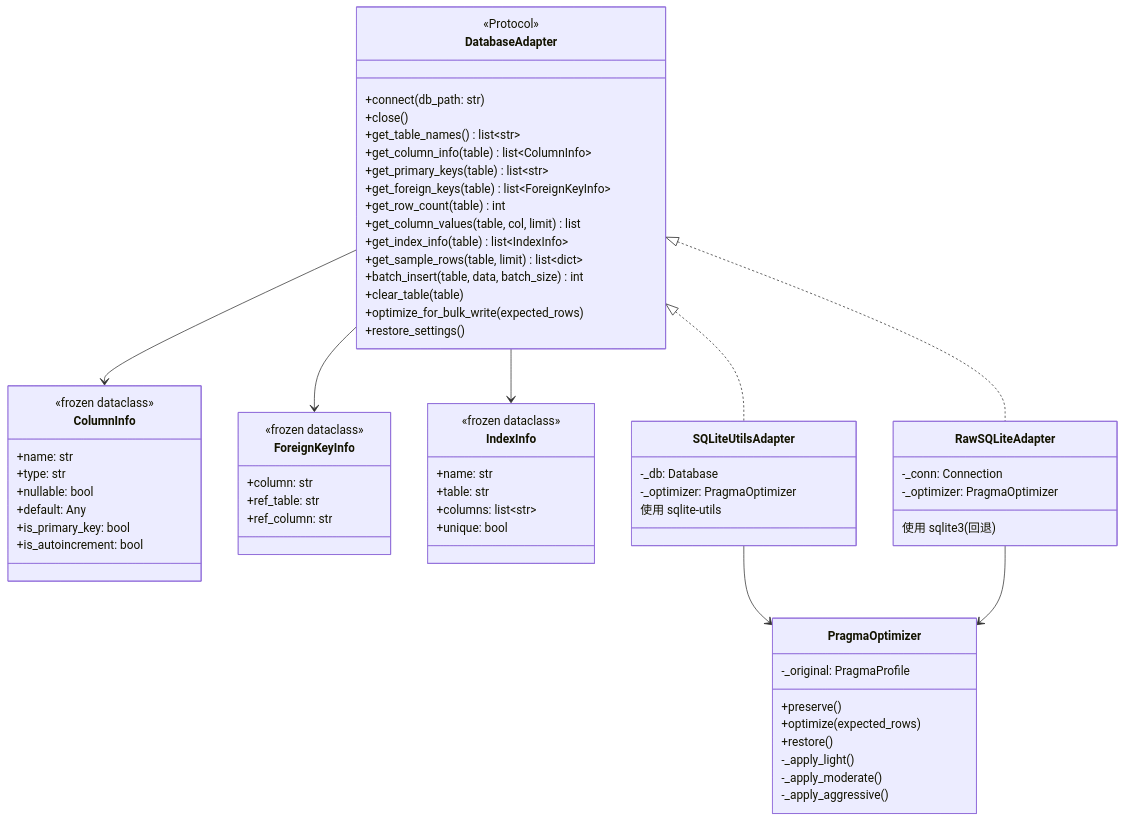
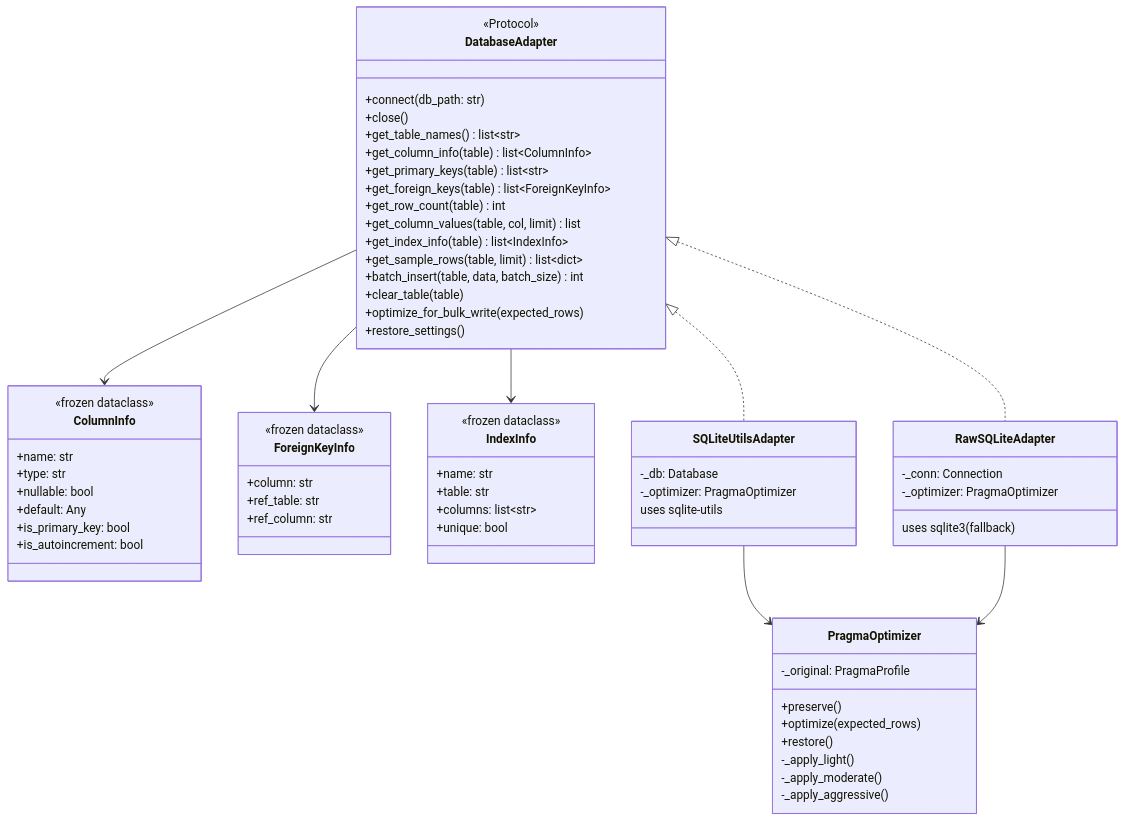
Before and after one commit to sunbos/sqlseed: the fifth of 10 diagrams in docs/architecture.md, drawn with Mermaid. The commit also changed other lines of this file and 23 other files, not shown here.

````diff
--- a/docs/architecture.md
+++ b/docs/architecture.md
@@ -306,75 +311,75 @@
 ```mermaid
 classDiagram
     class DatabaseAdapter {
         <<Protocol>>
         +connect(db_path: str)
         +close()
         +get_table_names() list~str~
         +get_column_info(table) list~ColumnInfo~
         +get_primary_keys(table) list~str~
         +get_foreign_keys(table) list~ForeignKeyInfo~
         +get_row_count(table) int
         +get_column_values(table, col, limit) list
         +get_index_info(table) list~IndexInfo~
         +get_sample_rows(table, limit) list~dict~
         +batch_insert(table, data, batch_size) int
         +clear_table(table)
         +optimize_for_bulk_write(expected_rows)
         +restore_settings()
     }
 
     class ColumnInfo {
         <<frozen dataclass>>
         +name: str
         +type: str
         +nullable: bool
         +default: Any
         +is_primary_key: bool
         +is_autoincrement: bool
     }
 
     class ForeignKeyInfo {
         <<frozen dataclass>>
         +column: str
         +ref_table: str
         +ref_column: str
     }
 
     class IndexInfo {
         <<frozen dataclass>>
         +name: str
         +table: str
         +columns: list~str~
         +unique: bool
     }
 
     class SQLiteUtilsAdapter {
         -_db: Database
         -_optimizer: PragmaOptimizer
-        使用 sqlite-utils
+        uses sqlite-utils
     }
 
     class RawSQLiteAdapter {
         -_conn: Connection
         -_optimizer: PragmaOptimizer
-        使用 sqlite3 (回退)
+        uses sqlite3 (fallback)
     }
 
     class PragmaOptimizer {
         -_original: PragmaProfile
         +preserve()
         +optimize(expected_rows)
         +restore()
         -_apply_light()
         -_apply_moderate()
         -_apply_aggressive()
     }
 
     DatabaseAdapter <|.. SQLiteUtilsAdapter
     DatabaseAdapter <|.. RawSQLiteAdapter
     SQLiteUtilsAdapter --> PragmaOptimizer
     RawSQLiteAdapter --> PragmaOptimizer
     DatabaseAdapter --> ColumnInfo
     DatabaseAdapter --> ForeignKeyInfo
     DatabaseAdapter --> IndexInfo
 ```
````
